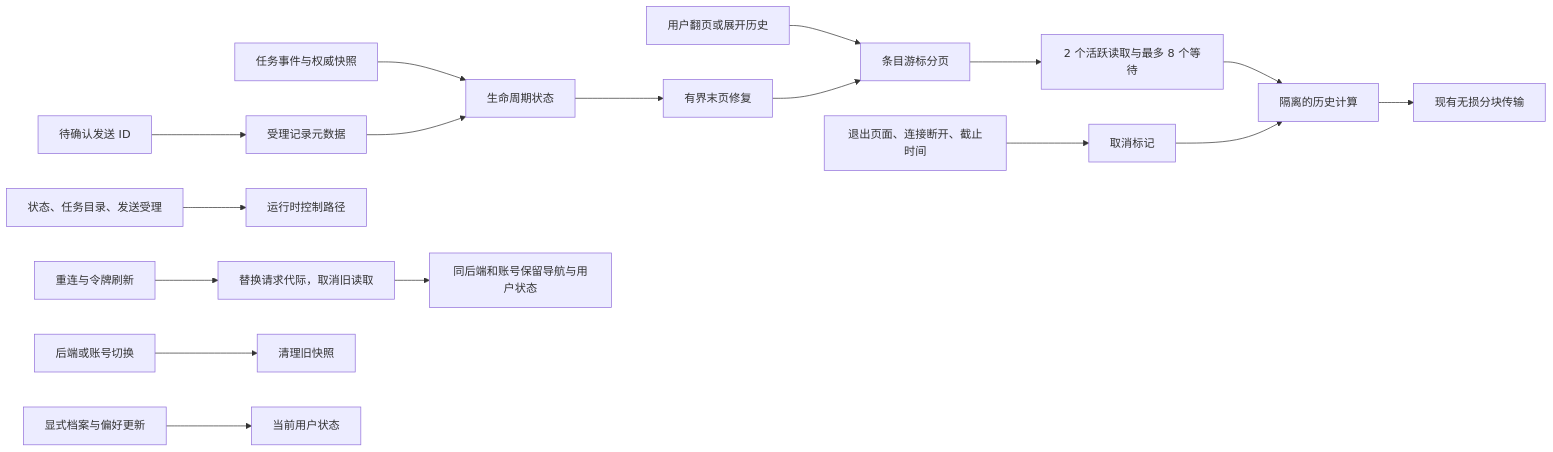
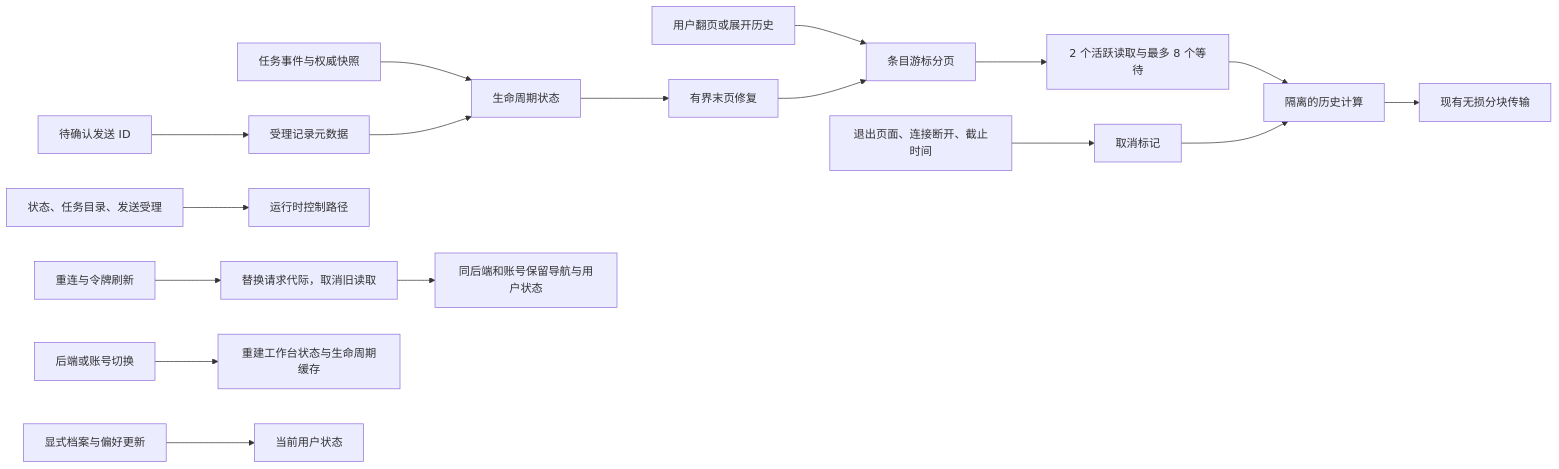
One commit to wecode-ai/Wegent changed the diagram in docs/zh/wegent/developer-guide/wework-runtime-responsiveness.md. Above: the diagram before and after it, drawn with Mermaid. The commit also changed other lines of this file and 4 other files, not shown here.

````diff
--- a/docs/zh/wegent/developer-guide/wework-runtime-responsiveness.md
+++ b/docs/zh/wegent/developer-guide/wework-runtime-responsiveness.md
@@ -28,19 +28,19 @@
 ```mermaid
 flowchart LR
     Stream[任务事件与权威快照] --> Lifecycle[生命周期状态]
     Queue[待确认发送 ID] --> Receipts[受理记录元数据]
     Receipts --> Lifecycle
     Lifecycle --> Repair[有界末页修复]
     User[用户翻页或展开历史] --> Page[条目游标分页]
     Repair --> Page
     Page --> Admission[2 个活跃读取与最多 8 个等待]
     Admission --> Worker[隔离的历史计算]
     Worker --> Transfer[现有无损分块传输]
     Cancel[退出页面、连接断开、截止时间] --> Token[取消标记]
     Token --> Worker
     Control[状态、任务目录、发送受理] --> Runtime[运行时控制路径]
     Transport[重连与令牌刷新] --> Generation[替换请求代际，取消旧读取]
     Generation --> Preserve[同后端和账号保留导航与用户状态]
-    Owner[后端或账号切换] --> Reset[清理旧快照]
+    Owner[后端或账号切换] --> Reset[重建工作台状态与生命周期缓存]
     Profile[显式档案与偏好更新] --> UserState[当前用户状态]
 ```
````
